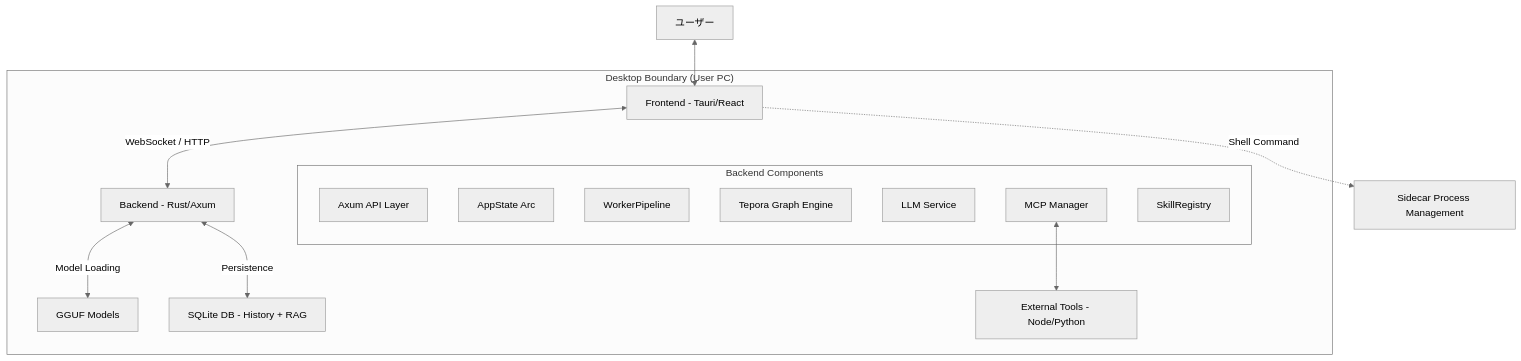
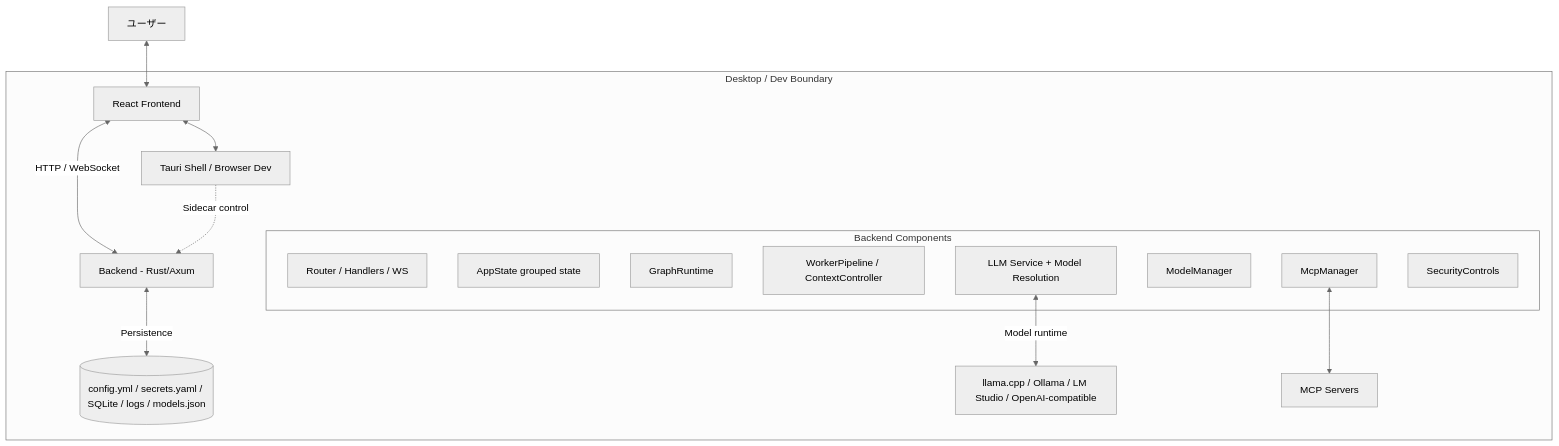
Before and after one commit to coco4atJP/Tepora-alpha: the first of 10 diagrams in docs/architecture/ARCHITECTURE.md, drawn with Mermaid (neutral theme). The commit also changed other lines of this file and 7 other files, not shown here.

````diff
--- a/docs/architecture/ARCHITECTURE.md
+++ b/docs/architecture/ARCHITECTURE.md
@@ -66,25 +66,25 @@
 ```mermaid
 graph TD
-    User[ユーザー] <--> Frontend[Frontend - Tauri/React]
-  
-    subgraph "Desktop Boundary (User PC)"
-        Frontend <-->|WebSocket / HTTP| Backend[Backend - Rust/Axum]
-    
-        subgraph Backend Components
-            API[Axum API Layer]
-            State[AppState Arc]
-            Pipeline[WorkerPipeline]
-            Graph[Tepora Graph Engine]
-            LLM[LLM Service]
-            MCP[MCP Manager]
-            SR[SkillRegistry]
+    User[ユーザー] <--> Frontend[React Frontend]
+
+    subgraph "Desktop / Dev Boundary"
+        Frontend <--> Tauri[Tauri Shell / Browser Dev]
+        Frontend <-->|HTTP / WebSocket| Backend[Backend - Rust/Axum]
+
+        subgraph "Backend Components"
+            Router[Router / Handlers / WS]
+            AppState[AppState grouped state]
+            Graph[GraphRuntime]
+            Context[WorkerPipeline / ContextController]
+            LLM[LLM Service + Model Resolution]
+            Models[ModelManager]
+            MCP[McpManager]
+            Security[SecurityControls]
         end
-    
-        Backend <-->|Model Loading| GGUF[GGUF Models]
-        Backend <-->|Persistence| SQL[SQLite DB - History + RAG]
-    
-        MCP <--> ExtTools[External Tools - Node/Python]
+
+        Backend <-->|Persistence| Data[(config.yml / secrets.yaml / SQLite / logs / models.json)]
+        LLM <-->|Model runtime| Providers[llama.cpp / Ollama / LM Studio / OpenAI-compatible]
+        MCP <--> ExtTools[MCP Servers]
+        Tauri -.->|Sidecar control| Backend
     end
-  
-    Frontend -.->|Shell Command| Sidecar[Sidecar Process Management]
 ```
````
